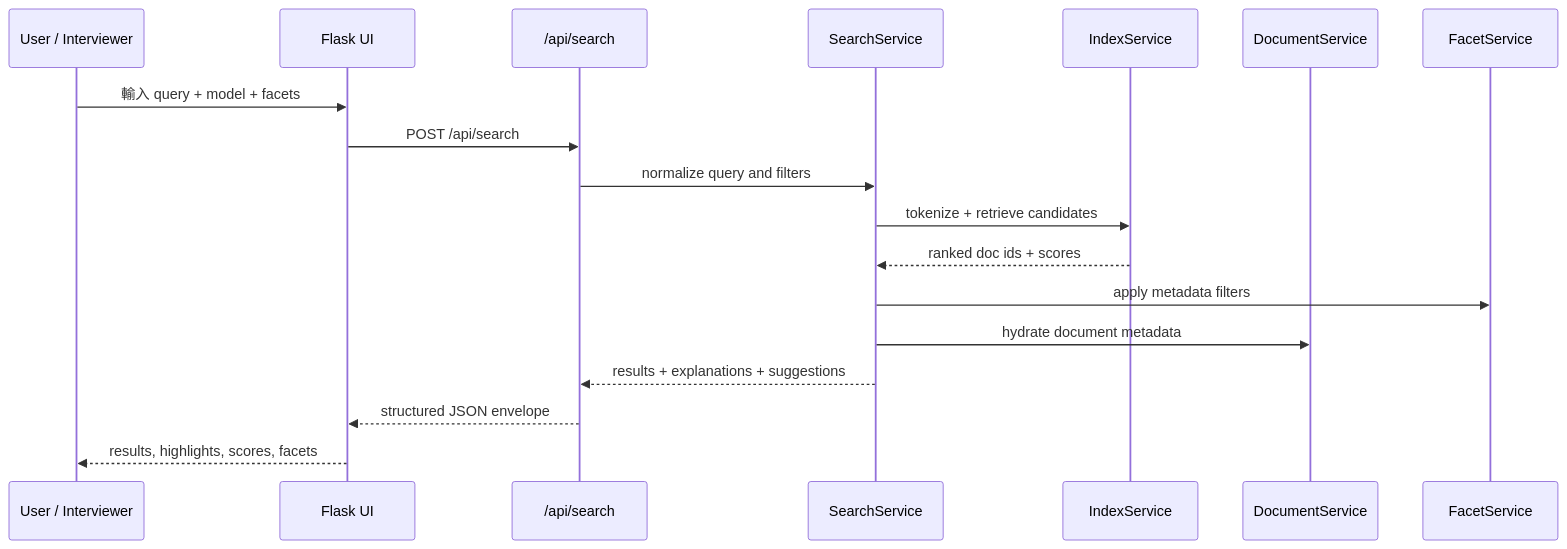
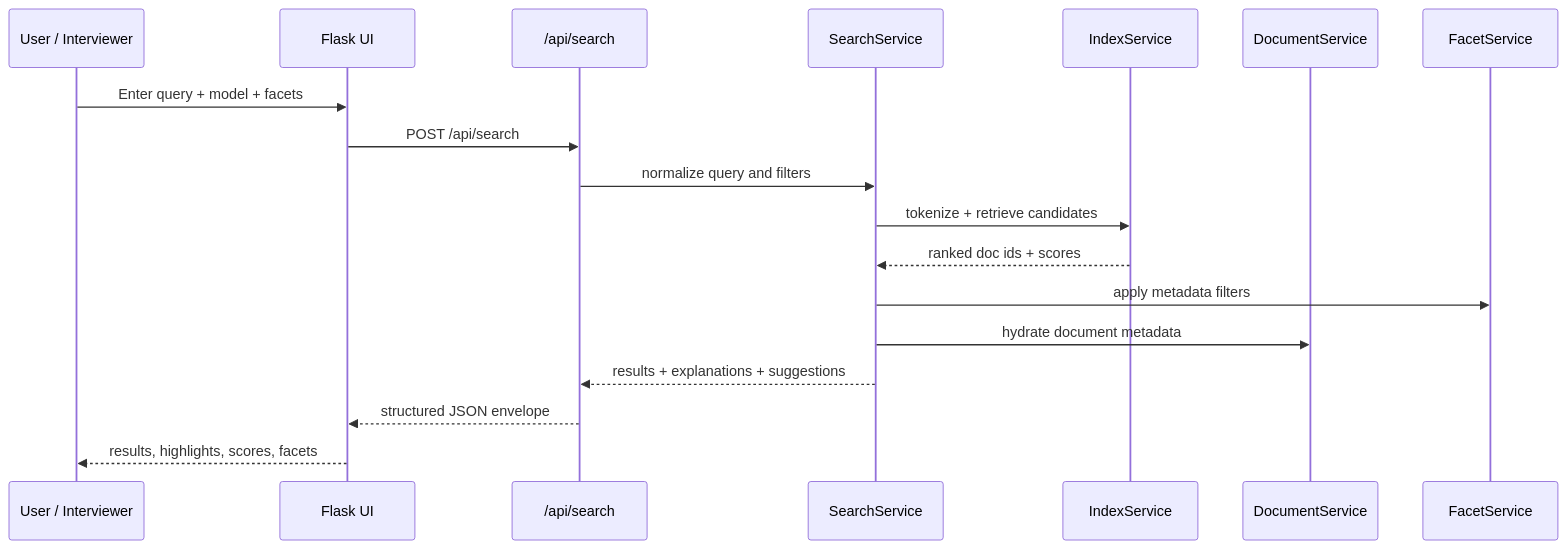
The third of 8 diagrams in README.md (Justin21523/news-information-retrieval-system), drawn with Mermaid before and after one commit. The commit also changed other lines of this file, not shown here.

````diff
--- a/README.md
+++ b/README.md
@@ -149,21 +152,21 @@
 ```mermaid
 sequenceDiagram
     participant User as User / Interviewer
     participant UI as Flask UI
     participant API as /api/search
     participant Search as SearchService
     participant Index as IndexService
     participant Doc as DocumentService
     participant Facet as FacetService
 
-    User->>UI: 輸入 query + model + facets
+    User->>UI: Enter query + model + facets
     UI->>API: POST /api/search
     API->>Search: normalize query and filters
     Search->>Index: tokenize + retrieve candidates
     Index-->>Search: ranked doc ids + scores
     Search->>Facet: apply metadata filters
     Search->>Doc: hydrate document metadata
     Search-->>API: results + explanations + suggestions
     API-->>UI: structured JSON envelope
     UI-->>User: results, highlights, scores, facets
 ```
````
